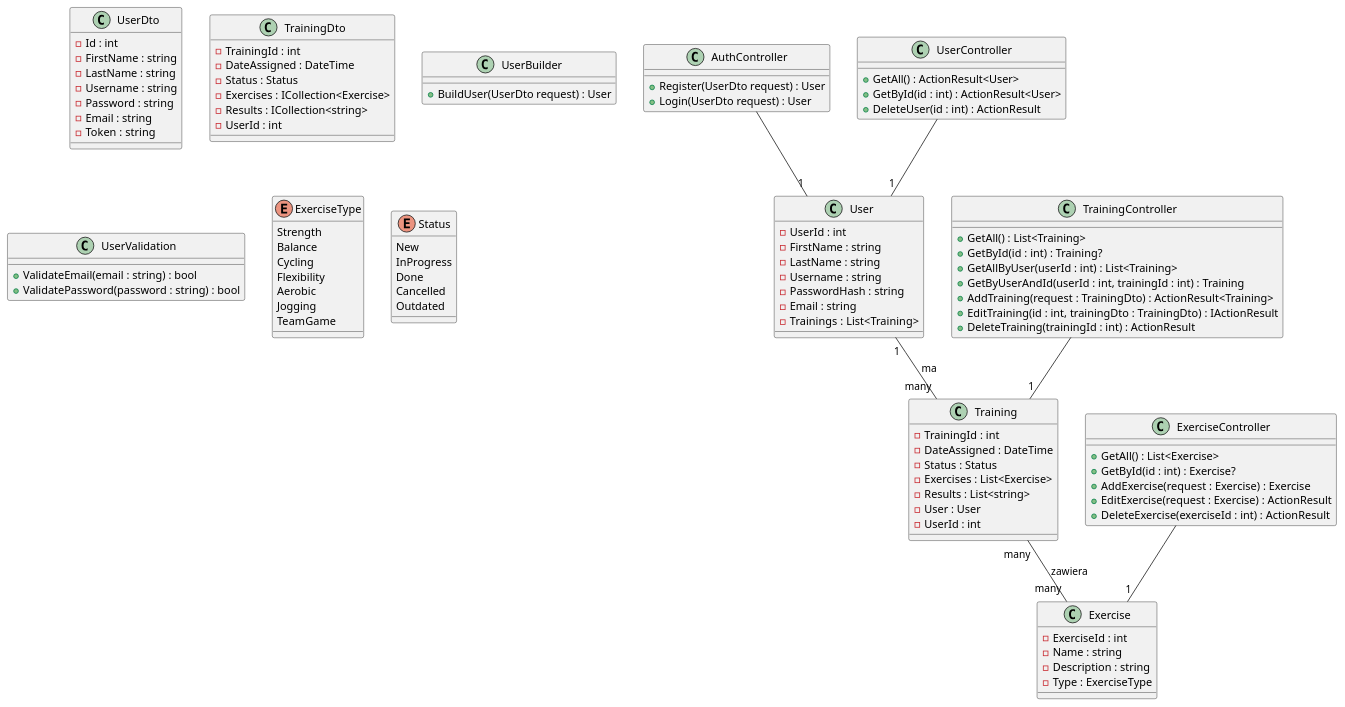
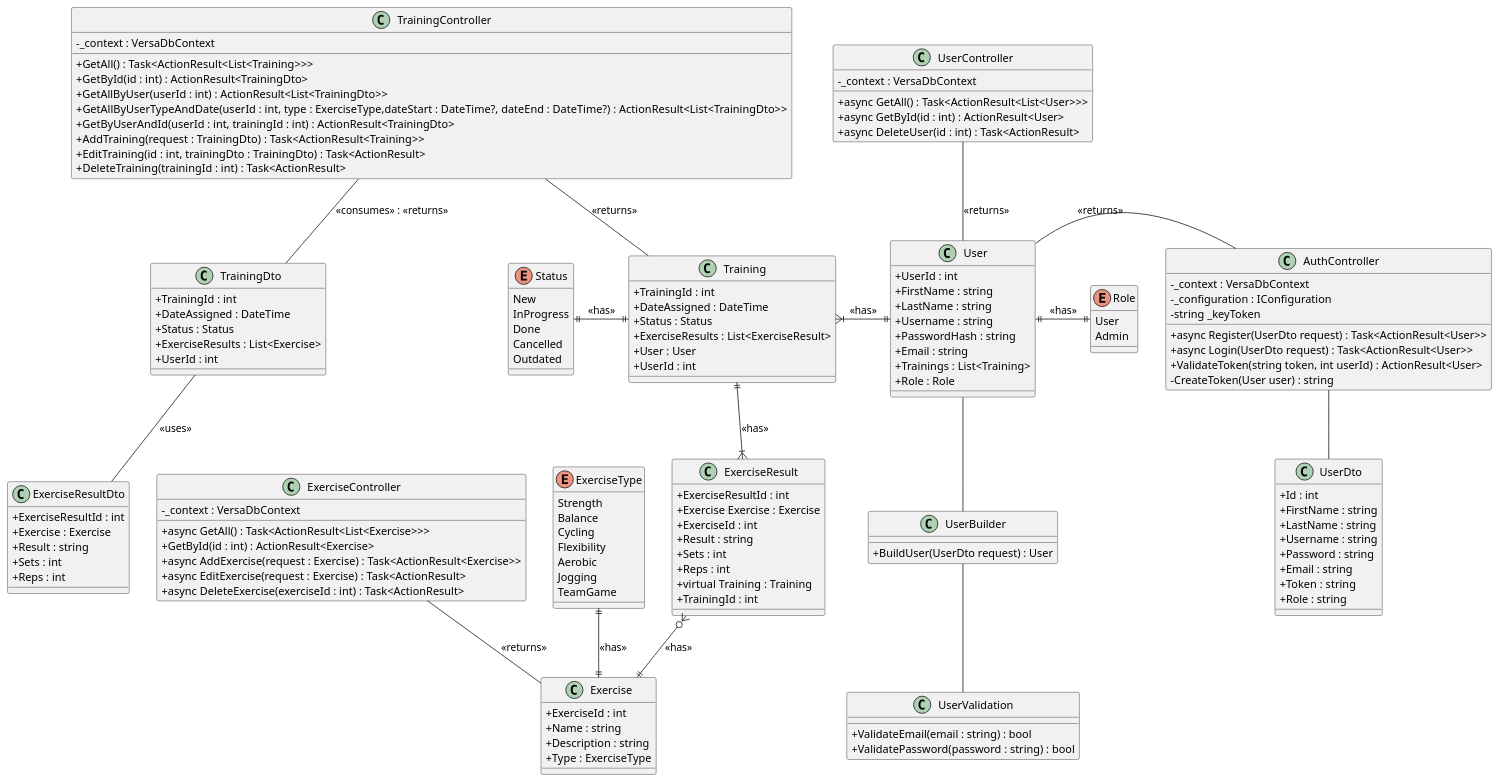
Before and after one commit to bedziox/VersaLog: the second of 11 diagrams in docs/Documentation.puml, drawn with PlantUML. The commit also changed other lines of this file, not shown here.

Commit message:
FEAT: Documentation update, new diagrams added

```diff
--- a/docs/Documentation.puml
+++ b/docs/Documentation.puml
@@ -55,113 +49,163 @@
 @startuml ServerClassDiagram
+skinparam classAttributeIconSize 0
 class AuthController {
-  + Register(UserDto request) : User
-  + Login(UserDto request) : User
+  - _context : VersaDbContext 
+  - _configuration : IConfiguration 
+  - string _keyToken  
+  + async Register(UserDto request) : Task<ActionResult<User>>
+  + async Login(UserDto request) : Task<ActionResult<User>>
+  + ValidateToken(string token, int userId) : ActionResult<User>
+  - CreateToken(User user) : string
 }
 
 class ExerciseController {
-  + GetAll() : List<Exercise>
-  + GetById(id : int) : Exercise?
-  + AddExercise(request : Exercise) : Exercise
-  + EditExercise(request : Exercise) : ActionResult
-  + DeleteExercise(exerciseId : int) : ActionResult
+  - _context : VersaDbContext
+  + async GetAll() : Task<ActionResult<List<Exercise>>>
+  + GetById(id : int) : ActionResult<Exercise>
+  + async AddExercise(request : Exercise) : Task<ActionResult<Exercise>>
+  + async EditExercise(request : Exercise) : Task<ActionResult>
+  + async DeleteExercise(exerciseId : int) : Task<ActionResult>
 }
 
 class TrainingController {
-  + GetAll() : List<Training>
-  + GetById(id : int) : Training?
-  + GetAllByUser(userId : int) : List<Training>
-  + GetByUserAndId(userId : int, trainingId : int) : Training
-  + AddTraining(request : TrainingDto) : ActionResult<Training>
-  + EditTraining(id : int, trainingDto : TrainingDto) : IActionResult
-  + DeleteTraining(trainingId : int) : ActionResult
+  - _context : VersaDbContext
+  + GetAll() : Task<ActionResult<List<Training>>>
+  + GetById(id : int) : ActionResult<TrainingDto>
+  + GetAllByUser(userId : int) : ActionResult<List<TrainingDto>>
+  + GetAllByUserTypeAndDate(userId : int, type : ExerciseType,dateStart : DateTime?,  dateEnd : DateTime?) : ActionResult<List<TrainingDto>>
+  + GetByUserAndId(userId : int, trainingId : int) : ActionResult<TrainingDto>
+  + AddTraining(request : TrainingDto) : Task<ActionResult<Training>>
+  + EditTraining(id : int, trainingDto : TrainingDto) : Task<ActionResult>
+  + DeleteTraining(trainingId : int) : Task<ActionResult>
 }
 
 class UserController {
-  + GetAll() : ActionResult<User>
-  + GetById(id : int) : ActionResult<User>
-  + DeleteUser(id : int) : ActionResult
+  - _context : VersaDbContext
+  + async GetAll() : Task<ActionResult<List<User>>>
+  + async GetById(id : int) : ActionResult<User>
+  + async DeleteUser(id : int) : Task<ActionResult>
 }
 
 class UserDto {
-  - Id : int
-  - FirstName : string
-  - LastName : string
-  - Username : string
-  - Password : string
-  - Email : string
-  - Token : string
+  + Id : int
+  + FirstName : string
+  + LastName : string
+  + Username : string
+  + Password : string
+  + Email : string
+  + Token : string
+  + Role : string
 }
 
 class TrainingDto {
-  - TrainingId : int
-  - DateAssigned : DateTime
-  - Status : Status
-  - Exercises : ICollection<Exercise>
-  - Results : ICollection<string>
-  - UserId : int
+  + TrainingId : int
+  + DateAssigned : DateTime
+  + Status : Status
+  + ExerciseResults : List<Exercise>
+  + UserId : int
+}
+
+class ExerciseResult{
+    + ExerciseResultId : int
+    + Exercise Exercise : Exercise
+    + ExerciseId : int
+    + Result : string
+    + Sets : int
+    + Reps : int
+    + virtual Training : Training
+    + TrainingId : int
+}
+
+class ExerciseResultDto{
+    + ExerciseResultId : int
+    + Exercise : Exercise
+    + Result : string
+    + Sets : int
+    + Reps : int
 }
 
 class UserBuilder {
   + BuildUser(UserDto request) : User
 }
 
 class UserValidation {
   + ValidateEmail(email : string) : bool
   + ValidatePassword(password : string) : bool
+}
+
+class Exercise {
+  + ExerciseId : int
+  + Name : string
+  + Description : string
+  + Type : ExerciseType
+}
+
+class Training {
+  + TrainingId : int
+  + DateAssigned : DateTime
+  + Status : Status
+  + ExerciseResults : List<ExerciseResult>
+  + User : User
+  + UserId : int
+}
+
+class User {
+  + UserId : int
+  + FirstName : string
+  + LastName : string
+  + Username : string
+  + PasswordHash : string
+  + Email : string
+  + Trainings : List<Training>
+  + Role : Role
 }
 
 enum ExerciseType {
   Strength
   Balance
   Cycling
   Flexibility
   Aerobic
   Jogging
   TeamGame
 }
 
 enum Status {
   New
   InProgress
   Done
   Cancelled
   Outdated
 }
 
-User "1" -- "many" Training : ma
-Training "many" -- "many" Exercise : zawiera
-
-AuthController -- "1" User
-ExerciseController -- "1" Exercise
-TrainingController -- "1" Training
-UserController -- "1" User
-
-class Exercise {
-  - ExerciseId : int
-  - Name : string
-  - Description : string
-  - Type : ExerciseType
+enum Role{
+    User
+    Admin
 }
 
-class Training {
-  - TrainingId : int
-  - DateAssigned : DateTime
-  - Status : Status
-  - Exercises : List<Exercise>
-  - Results : List<string>
-  - User : User
-  - UserId : int
-}
+UserBuilder -up- User
 
-class User {
-  - UserId : int
-  - FirstName : string
-  - LastName : string
-  - Username : string
-  - PasswordHash : string
-  - Email : string
-  - Trainings : List<Training>
-}
+AuthController -- UserDto
+
+UserValidation -up- UserBuilder
+
+TrainingDto -up- TrainingController : <<consumes>> : <<returns>> 
+
+Status ||-|| Training : <<has>>
+
+ExerciseType  ||--|| Exercise : <<has>>
+
+User ||--left-|{ Training : <<has>>
+User ||-|| Role : <<has>>
+Training ||--|{ ExerciseResult : <<has>>
+ExerciseResult }o--|| Exercise : <<has>>
+
+AuthController -left- User : <<returns>>
+ExerciseController -- Exercise : <<returns>>
+TrainingController -- Training : <<returns>>
+TrainingDto -down- ExerciseResultDto : <<uses>>
+UserController -- User : <<returns>>
+
 
 
 @enduml
```
